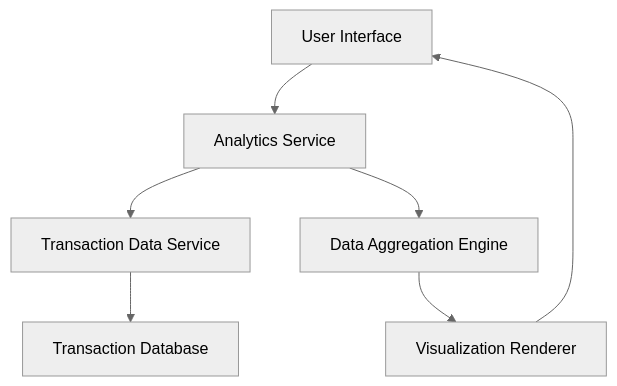
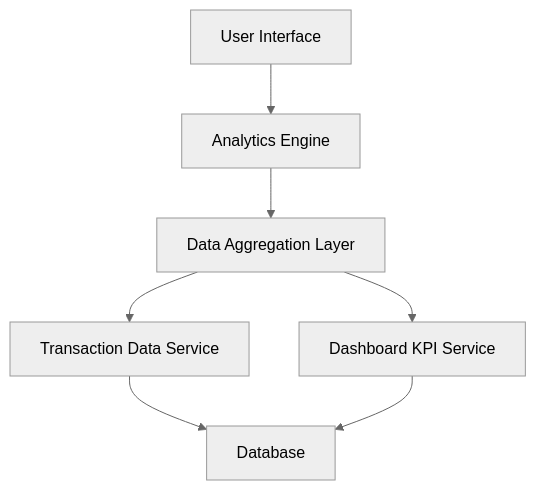
Before and after one commit to AAVA-Demo/APB_Demo: the diagram in HLD/QE-7740_HLD.md, drawn with Mermaid (neutral theme). The commit also changed other lines of this file and 5 other files, not shown here.

````diff
--- a/HLD/QE-7740_HLD.md
+++ b/HLD/QE-7740_HLD.md
@@ -7,15 +7,15 @@
 ```mermaid
 flowchart TD
     A["User Interface"]
-    B["Analytics Service"]
+    B["Analytics Engine"]
     C["Transaction Data Service"]
-    D["Data Aggregation Engine"]
-    E["Visualization Renderer"]
-    F["Transaction Database"]
+    D["Data Aggregation Layer"]
+    E["Dashboard KPI Service"]
+    F["Database"]
     A --> B
-    B --> C
+    B --> D
+    D --> C
+    D --> E
     C --> F
-    B --> D
-    D --> E
-    E --> A
+    E --> F
 ```
````
